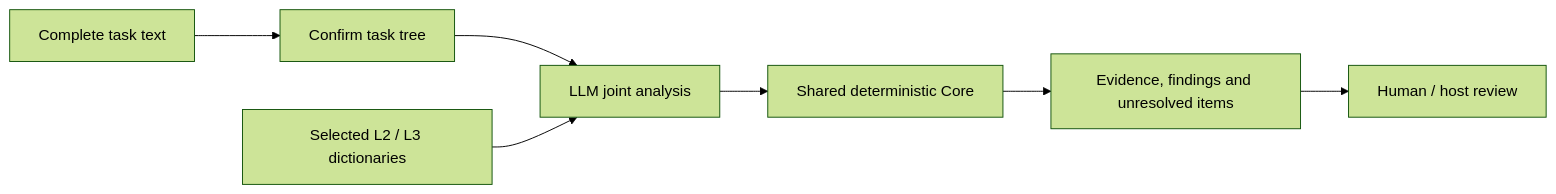
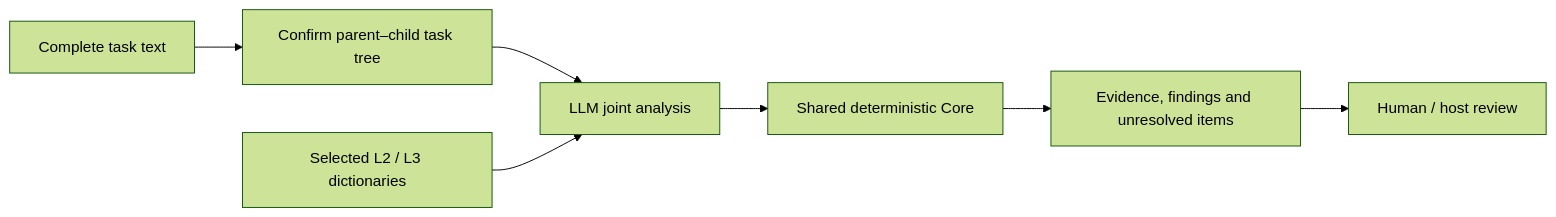
Before and after one commit to joinwell52-AI/BoundaryXP: the diagram in README.md, drawn with Mermaid (forest theme). The commit also changed other lines of this file and 3 other files, not shown here.

````diff
--- a/README.md
+++ b/README.md
@@ -92,9 +77,9 @@
 ```mermaid
 flowchart LR
-  A[Complete task text] --> B[Confirm task tree]
-  B --> C[LLM joint analysis]
-  D[Selected L2 / L3 dictionaries] --> C
-  C --> E[Shared deterministic Core]
-  E --> F[Evidence, findings and unresolved items]
-  F --> G[Human / host review]
+  A["Complete task text"] --> B["Confirm parent–child task tree"]
+  B --> C["LLM joint analysis"]
+  D["Selected L2 / L3 dictionaries"] --> C
+  C --> E["Shared deterministic Core"]
+  E --> F["Evidence, findings and unresolved items"]
+  F --> G["Human / host review"]
 ```
````
